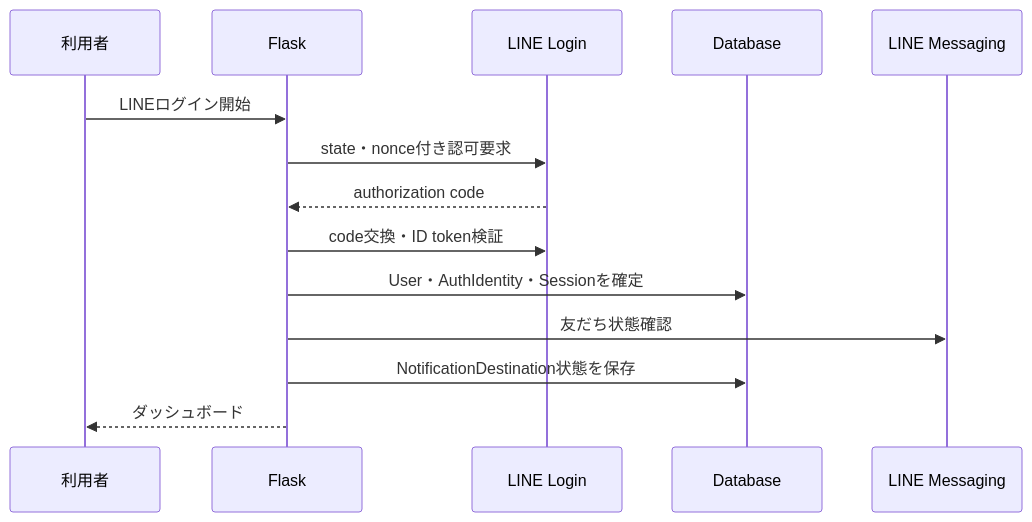
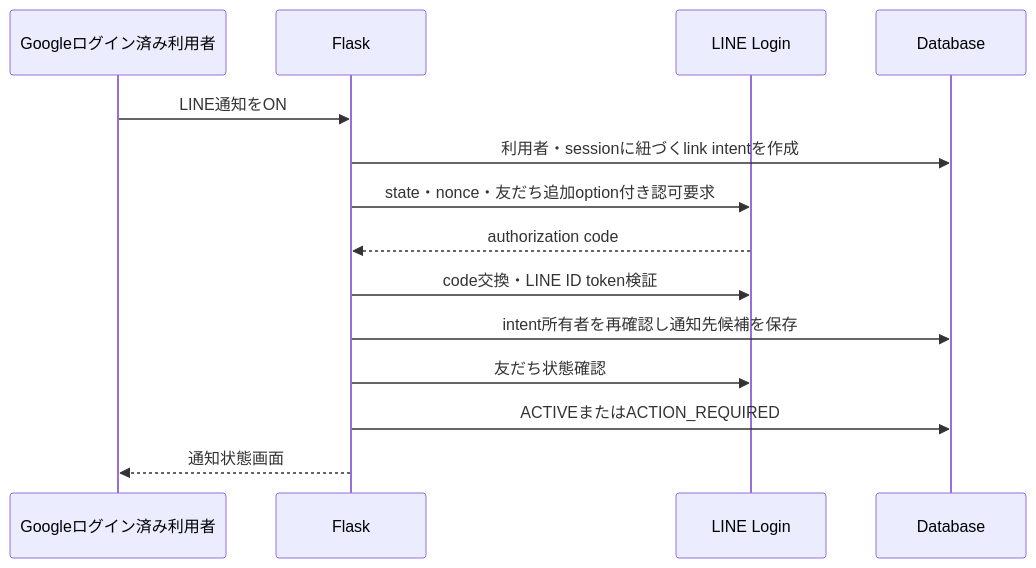
Before and after one commit to dommyttdev/job-hunter: the third of 3 diagrams in doc/architecture/web-backend.md, drawn with Mermaid. The commit also changed other lines of this file and 9 other files, not shown here.

````diff
--- a/doc/architecture/web-backend.md
+++ b/doc/architecture/web-backend.md
@@ -106,16 +154,16 @@
 ```mermaid
 sequenceDiagram
-    participant U as 利用者
+    participant U as Googleログイン済み利用者
     participant F as Flask
     participant L as LINE Login
     participant D as Database
-    participant M as LINE Messaging
-    U->>F: LINEログイン開始
-    F->>L: state・nonce付き認可要求
+    U->>F: LINE通知をON
+    F->>D: 利用者・sessionに紐づくlink intentを作成
+    F->>L: state・nonce・友だち追加option付き認可要求
     L-->>F: authorization code
-    F->>L: code交換・ID token検証
-    F->>D: User・AuthIdentity・Sessionを確定
-    F->>M: 友だち状態確認
-    F->>D: NotificationDestination状態を保存
-    F-->>U: ダッシュボード
+    F->>L: code交換・LINE ID token検証
+    F->>D: intent所有者を再確認し通知先候補を保存
+    F->>L: 友だち状態確認
+    F->>D: ACTIVEまたはACTION_REQUIRED
+    F-->>U: 通知状態画面
 ```
````
